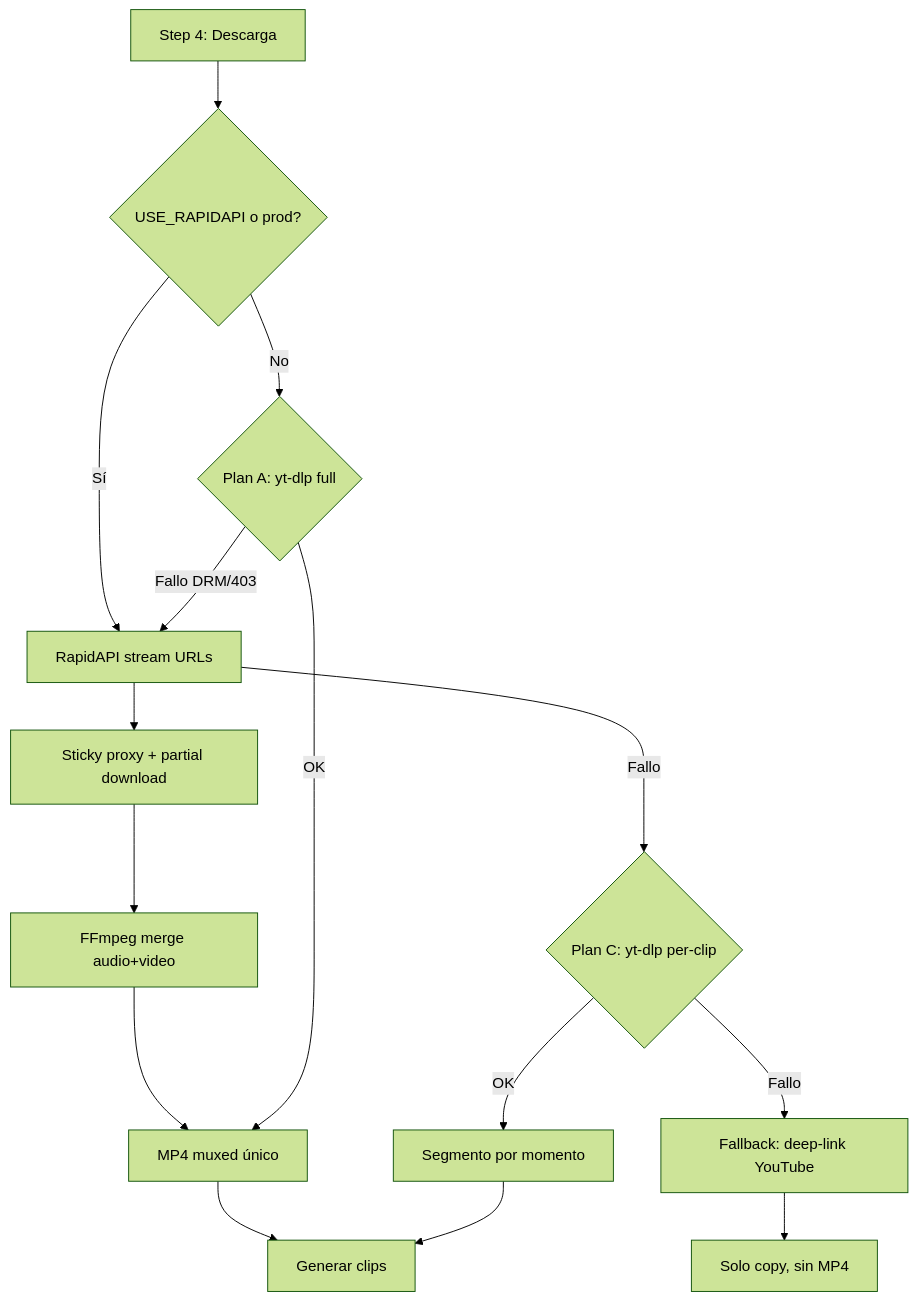
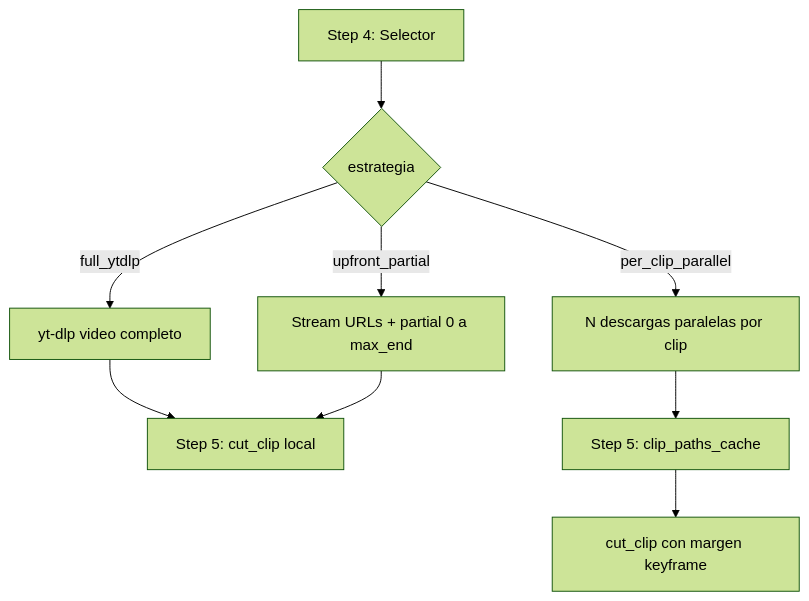
Before and after one commit to bolioliagustin/viral-engine-front: the second of 3 diagrams in worker/WORKER.md, drawn with Mermaid (forest theme). The commit also changed other lines of this file and 5 other files, not shown here.

````diff
--- a/worker/WORKER.md
+++ b/worker/WORKER.md
@@ -201,17 +207,11 @@
 ```mermaid
 flowchart TD
-    A[Step 4: Descarga] --> B{USE_RAPIDAPI o prod?}
-    B -->|Sí| C[RapidAPI stream URLs]
-    C --> D[Sticky proxy + partial download]
-    D --> E[FFmpeg merge audio+video]
-    E --> Z[MP4 muxed único]
-    B -->|No| F{Plan A: yt-dlp full}
-    F -->|OK| Z
-    F -->|Fallo DRM/403| C
-    C -->|Fallo| G{Plan C: yt-dlp per-clip}
-    G -->|OK| H[Segmento por momento]
-    G -->|Fallo| I[Fallback: deep-link YouTube]
-    Z --> J[Generar clips]
-    H --> J
-    I --> K[Solo copy, sin MP4]
+    A[Step 4: Selector] --> B{estrategia}
+    B -->|full_ytdlp| C[yt-dlp video completo]
+    B -->|upfront_partial| D[Stream URLs + partial 0 a max_end]
+    B -->|per_clip_parallel| E[N descargas paralelas por clip]
+    C --> F[Step 5: cut_clip local]
+    D --> F
+    E --> G[Step 5: clip_paths_cache]
+    G --> H[cut_clip con margen keyframe]
 ```
````
